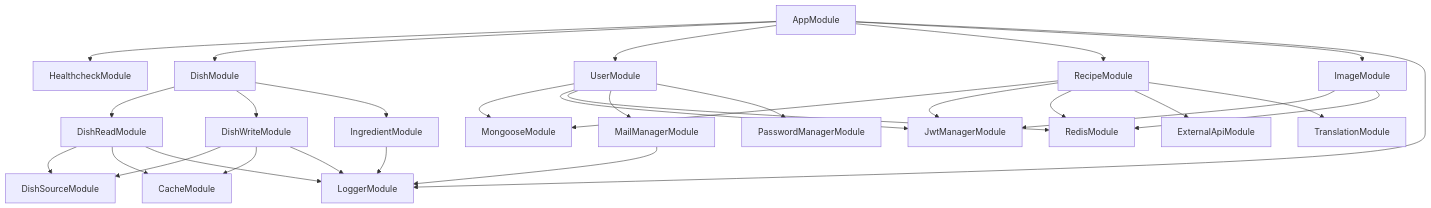
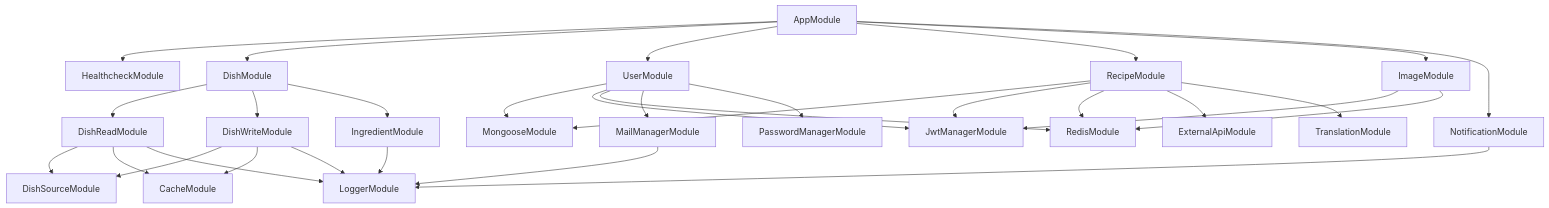
Before and after one commit to mjkuranda/yummy-api-nestjs: the diagram in docs/architecture/modules.md, drawn with Mermaid. The commit also changed 6 other files, not shown here.

Commit message:
notification module

````diff
--- a/docs/architecture/modules.md
+++ b/docs/architecture/modules.md
@@ -2,50 +2,53 @@
 ```mermaid
 graph TD
 
 %% AppModule
     AppModule --> HealthcheckModule
     AppModule --> DishModule
     AppModule --> UserModule
     AppModule --> RecipeModule
     AppModule --> ImageModule
-    AppModule --> LoggerModule
+    AppModule --> NotificationModule
+
+%% NotificationModule
+    NotificationModule --> LoggerModule
 
 %% ImageModule
     ImageModule --> JwtManagerModule
     ImageModule --> RedisModule
 
 %% RecipeModule
     RecipeModule --> MongooseModule
     RecipeModule --> JwtManagerModule
     RecipeModule --> RedisModule
     RecipeModule --> ExternalApiModule
     RecipeModule --> TranslationModule
 
 %% UserModule
     UserModule --> MongooseModule
     UserModule --> JwtManagerModule
     UserModule --> RedisModule
     UserModule --> MailManagerModule
     UserModule --> PasswordManagerModule
 
 %% DishModule
     DishModule --> DishReadModule
     DishModule --> DishWriteModule
     DishModule --> IngredientModule
 
 %% DishReadModule
     DishReadModule --> DishSourceModule
     DishReadModule --> CacheModule
     DishReadModule --> LoggerModule
 
 %% DishWriteModule
     DishWriteModule --> DishSourceModule
     DishWriteModule --> CacheModule
     DishWriteModule --> LoggerModule
     
 %% IngredientModule
     IngredientModule --> LoggerModule
     
 %% MailManagerModule
     MailManagerModule --> LoggerModule
 ```
````
